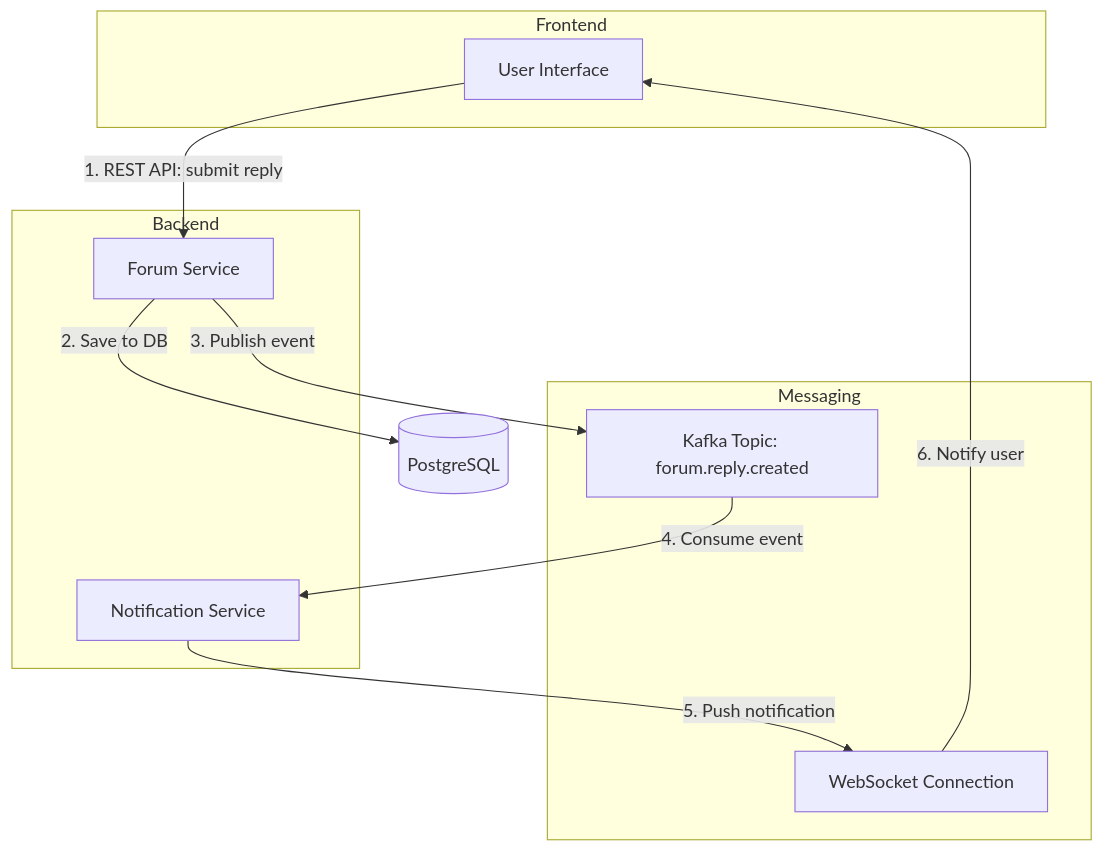
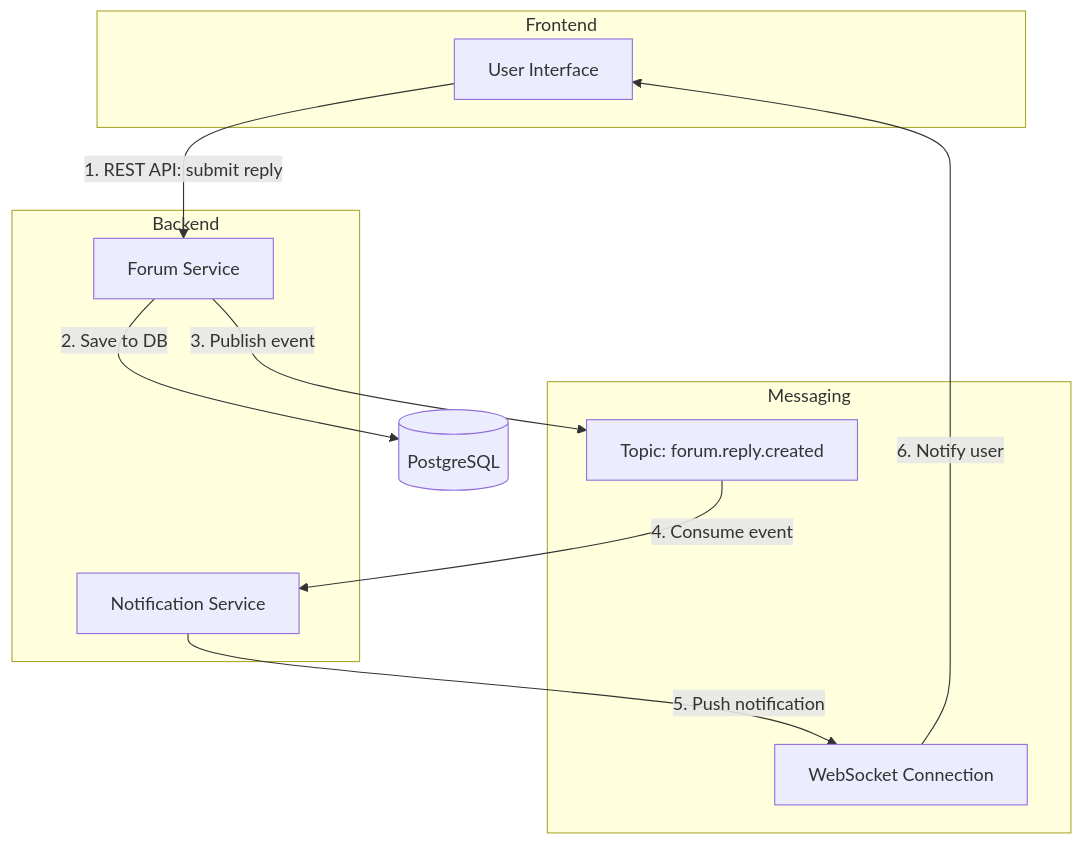
Before and after one commit to ismiljanic/SyntaxBase: the fourth of 4 diagrams in docs/ARCHITECTURE.md, drawn with Mermaid. The commit also changed other lines of this file and 1 other file, not shown here.

Commit message:
Fix diagrams in docs

````diff
--- a/docs/ARCHITECTURE.md
+++ b/docs/ARCHITECTURE.md
@@ -216,30 +216,30 @@
 ```mermaid
 flowchart TD
     %% Frontend
     subgraph Frontend
         UI["User Interface"]
     end
 
     %% Backend Services
     subgraph Backend
         ForumService["Forum Service"]
         NotifService["Notification Service"]
     end
 
     %% Messaging Layer
     subgraph Messaging
-        Kafka["Kafka Topic: forum.reply.created"]
+        Kafka["Topic: forum.reply.created"]
         WS["WebSocket Connection"]
     end
 
     %% Database
     DB[(PostgreSQL)]
 
     %% Flow with numbered steps
     UI -->|1. REST API: submit reply| ForumService
     ForumService -->|2. Save to DB| DB
     ForumService -->|3. Publish event| Kafka
     Kafka -->|4. Consume event| NotifService
     NotifService -->|5. Push notification| WS
     WS -->|6. Notify user| UI
 ```
````
